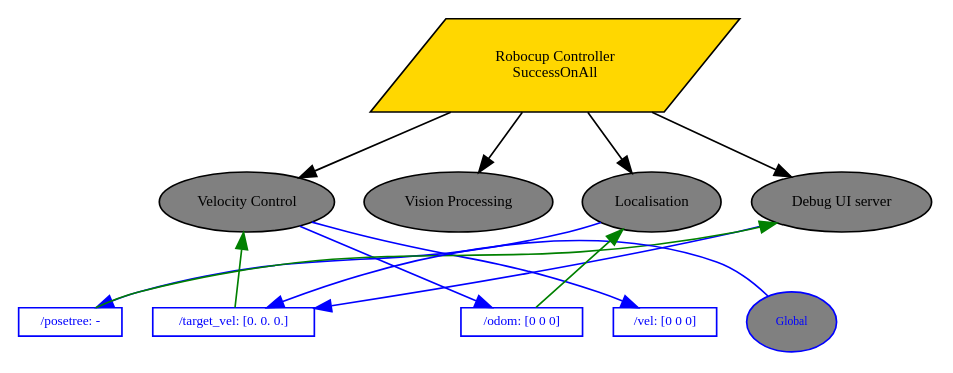
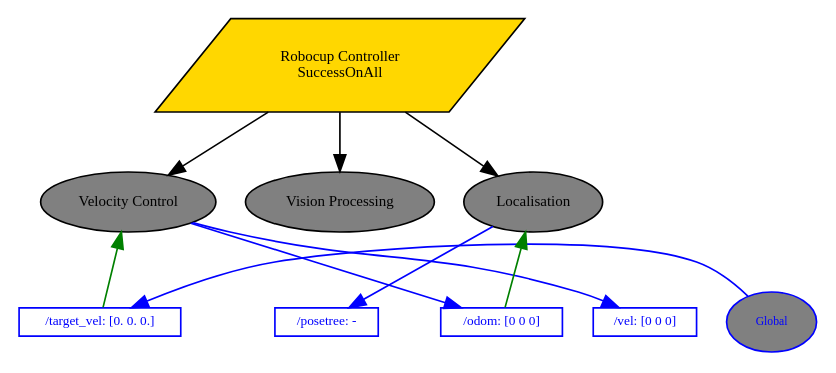
The diagram in controller/robocup_controller.dot (debater-coder/robocup-25), drawn with Graphviz before and after one commit. The commit also changed 8 other files, not shown here.

```diff
--- a/controller/robocup_controller.dot
+++ b/controller/robocup_controller.dot
@@ -1,33 +1,29 @@
 digraph pastafarianism {
 ordering=out;
 graph [fontname="times-roman"];
 node [fontname="times-roman"];
 edge [fontname="times-roman"];
 "Robocup Controller" [label="Robocup Controller\nSuccessOnAll", shape=parallelogram, style=filled, fillcolor=gold, fontsize=9, fontcolor=black];
 "Velocity Control" [label="Velocity Control", shape=ellipse, style=filled, fillcolor=gray, fontsize=9, fontcolor=black];
 "Robocup Controller" -> "Velocity Control";
 "Vision Processing" [label="Vision Processing", shape=ellipse, style=filled, fillcolor=gray, fontsize=9, fontcolor=black];
 "Robocup Controller" -> "Vision Processing";
 Localisation [label=Localisation, shape=ellipse, style=filled, fillcolor=gray, fontsize=9, fontcolor=black];
 "Robocup Controller" -> Localisation;
-"Debug UI server" [label="Debug UI server", shape=ellipse, style=filled, fillcolor=gray, fontsize=9, fontcolor=black];
-"Robocup Controller" -> "Debug UI server";
-"/posetree" -> "Debug UI server" [color=green, constraint=false, weight=0];
 Localisation -> "/posetree" [color=blue, constraint=false, weight=0];
 "/target_vel" -> "Velocity Control" [color=green, constraint=false, weight=0];
 Global -> "/target_vel" [color=blue, constraint=false, weight=0];
-"Debug UI server" -> "/target_vel" [color=blue, constraint=false, weight=0];
 "/odom" -> Localisation [color=green, constraint=false, weight=0];
 "Velocity Control" -> "/odom" [color=blue, constraint=false, weight=0];
 "Velocity Control" -> "/vel" [color=blue, constraint=false, weight=0];
 subgraph Blackboard {
 id=Blackboard;
 label=Blackboard;
 rank=sink;
 Global [label=Global, shape=ellipse, style=filled, color=blue, fillcolor=gray, fontsize=7, fontcolor=blue];
 "/posetree" [label="/posetree: -", shape=box, style=filled, color=blue, fillcolor=white, fontsize=8, fontcolor=blue, width=0, height=0, fixedsize=false];
 "/target_vel" [label="/target_vel: [0. 0. 0.]", shape=box, style=filled, color=blue, fillcolor=white, fontsize=8, fontcolor=blue, width=0, height=0, fixedsize=false];
 "/odom" [label="/odom: [0 0 0]", shape=box, style=filled, color=blue, fillcolor=white, fontsize=8, fontcolor=blue, width=0, height=0, fixedsize=false];
 "/vel" [label="/vel: [0 0 0]", shape=box, style=filled, color=blue, fillcolor=white, fontsize=8, fontcolor=blue, width=0, height=0, fixedsize=false];
 }
 }
```
